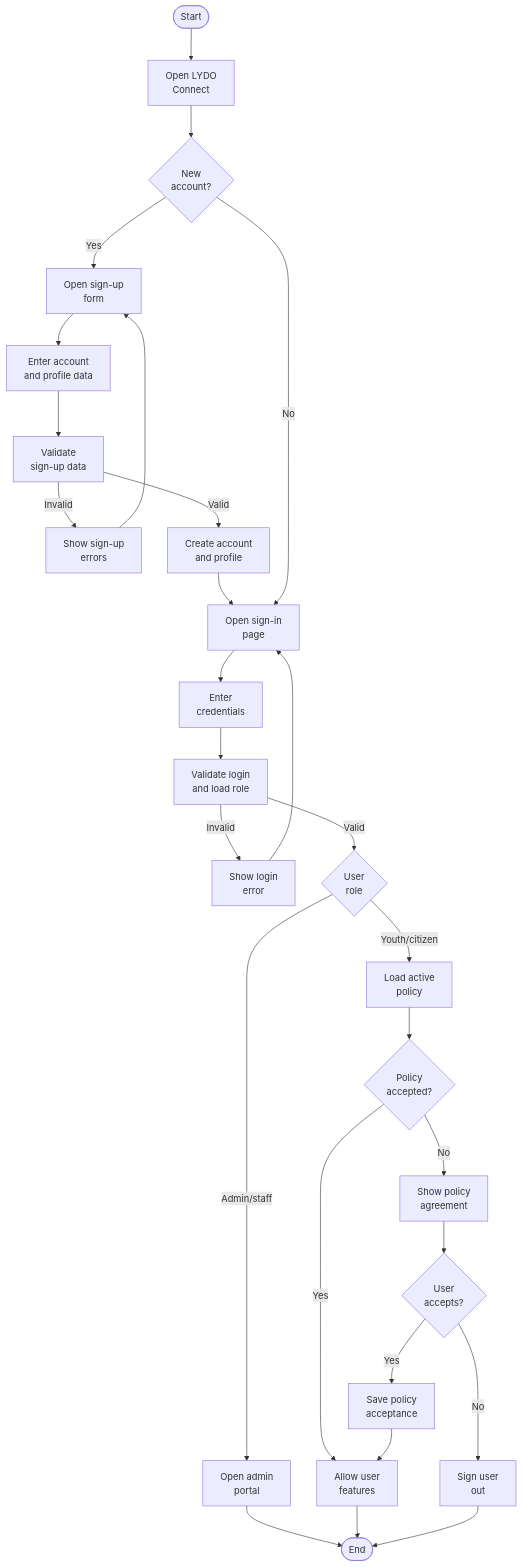
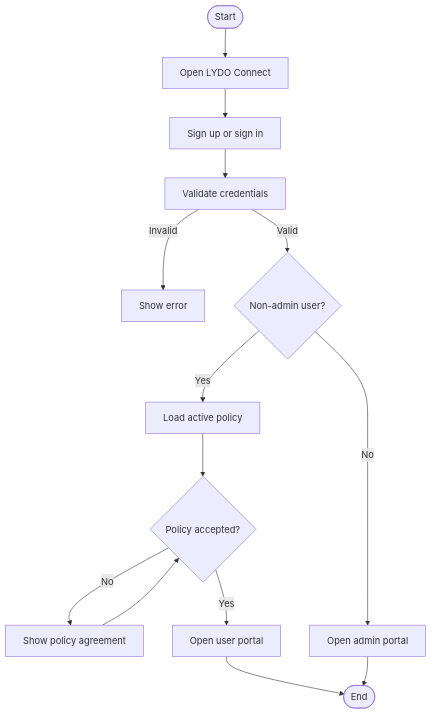
One commit to txiaoqt/lydo-connect-org-focused changed the first of 3 diagrams in Methodology/3.2.1-Activity-Diagram.md. Above: the diagram before and after it, drawn with Mermaid. The commit also changed other lines of this file and 22 other files, not shown here.

````diff
--- a/Methodology/3.2.1-Activity-Diagram.md
+++ b/Methodology/3.2.1-Activity-Diagram.md
@@ -7,31 +7,16 @@
 ```mermaid
-%%{init: {"flowchart": {"htmlLabels": true, "nodeSpacing": 45, "rankSpacing": 55}} }%%
 flowchart TD
-    A([Start]) --> B["Open LYDO<br/>Connect"]
-    B --> C{"New<br/>account?"}
-    C -- Yes --> D["Open sign-up<br/>form"]
-    D --> E["Enter account<br/>and profile data"]
-    E --> F["Validate<br/>sign-up data"]
-    F -- Invalid --> G["Show sign-up<br/>errors"]
-    G --> D
-    F -- Valid --> H["Create account<br/>and profile"]
-    H --> I["Open sign-in<br/>page"]
-    C -- No --> I
-    I --> J["Enter<br/>credentials"]
-    J --> K["Validate login<br/>and load role"]
-    K -- Invalid --> L["Show login<br/>error"]
-    L --> I
-    K -- Valid --> M{"User<br/>role"}
-    M -- Admin/staff --> N["Open admin<br/>portal"]
-    M -- Youth/citizen --> O["Load active<br/>policy"]
-    O --> P{"Policy<br/>accepted?"}
-    P -- Yes --> Q["Allow user<br/>features"]
-    P -- No --> R["Show policy<br/>agreement"]
-    R --> S{"User<br/>accepts?"}
-    S -- No --> T["Sign user<br/>out"]
-    S -- Yes --> U["Save policy<br/>acceptance"]
-    U --> Q
-    N --> V([End])
-    Q --> V
-    T --> V
+    A([Start]) --> B["Open LYDO Connect"]
+    B --> C["Sign up or sign in"]
+    C --> D["Validate credentials"]
+    D -- Invalid --> E["Show error"]
+    D -- Valid --> F{"Non-admin user?"}
+    F -- Yes --> G["Load active policy"]
+    G --> H{"Policy accepted?"}
+    H -- No --> I["Show policy agreement"]
+    I --> H
+    H -- Yes --> J["Open user portal"]
+    F -- No --> K["Open admin portal"]
+    J --> L([End])
+    K --> L
 ```
````
